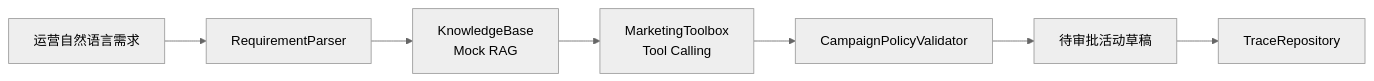
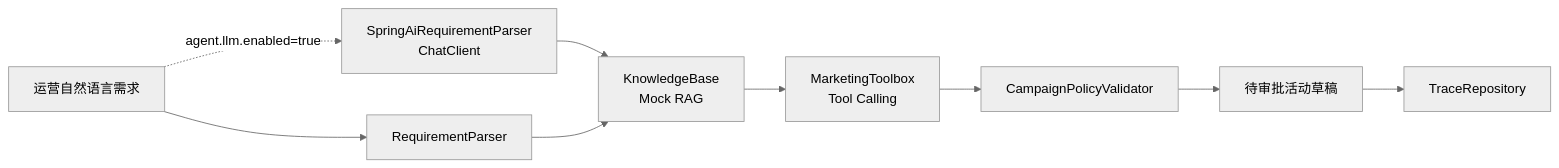
One commit to XiaoLeiBro/marketing-agent-demo changed the diagram in README.md. Above: the diagram before and after it, drawn with Mermaid (neutral theme). The commit also changed other lines of this file and 8 other files, not shown here.

Commit message:
Add optional Spring AI intent parser

````diff
--- a/README.md
+++ b/README.md
@@ -29,9 +31,11 @@
 ```mermaid
 flowchart LR
   A["运营自然语言需求"] --> B["RequirementParser"]
+  A -. "agent.llm.enabled=true" .-> B2["SpringAiRequirementParser<br/>ChatClient"]
+  B2 --> C
   B --> C["KnowledgeBase<br/>Mock RAG"]
   C --> D["MarketingToolbox<br/>Tool Calling"]
   D --> E["CampaignPolicyValidator"]
   E --> F["待审批活动草稿"]
   F --> G["TraceRepository"]
 ```
````
